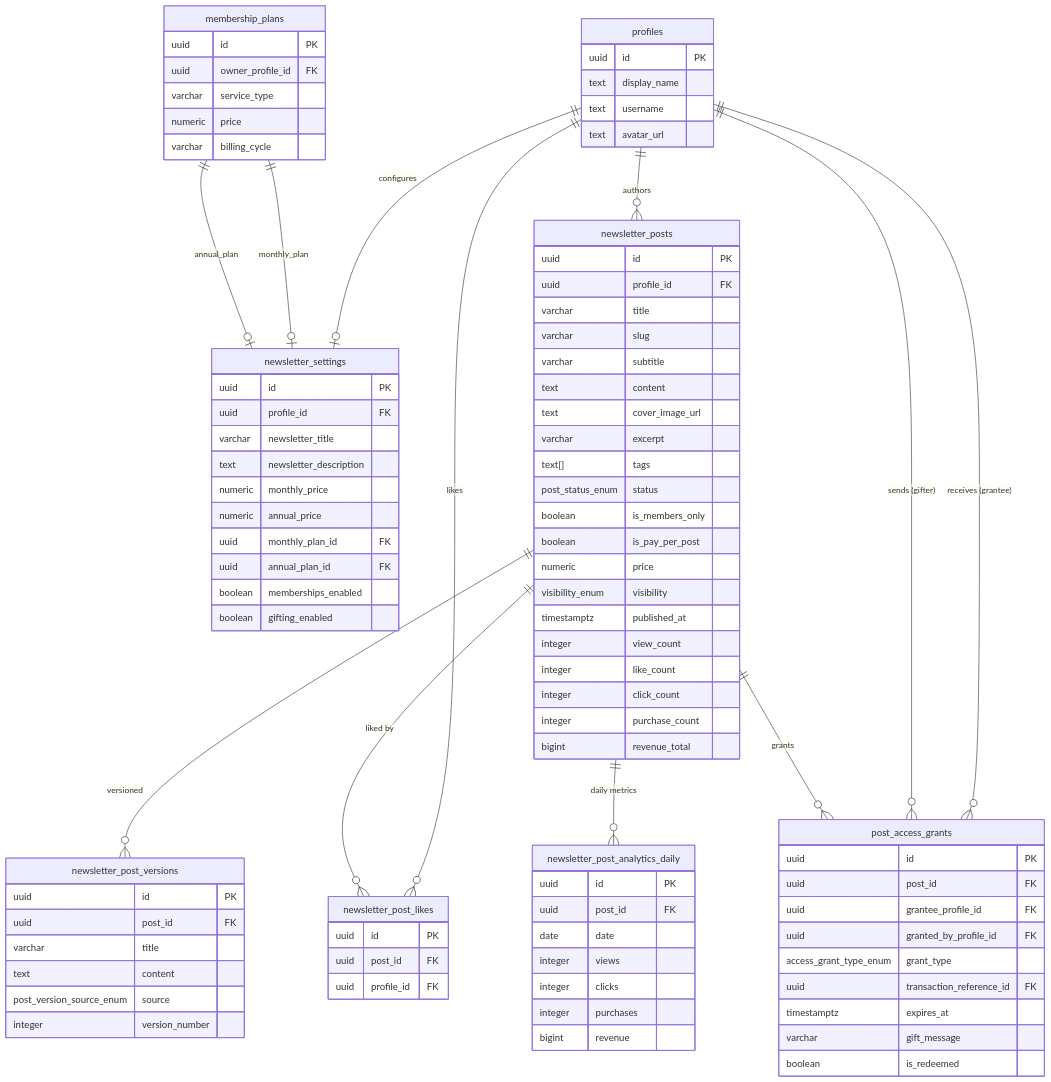
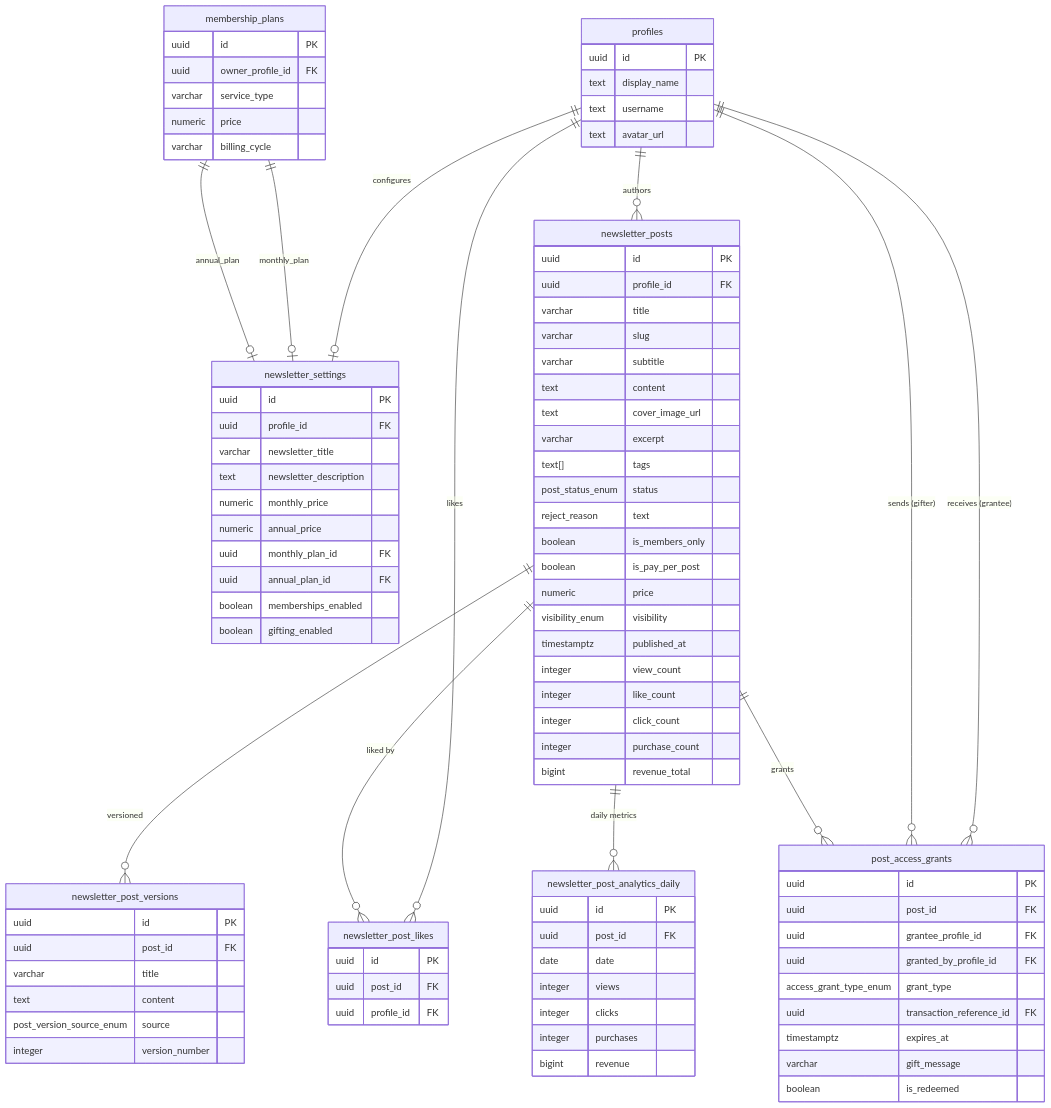
One commit to hobenakicoffee/libraries changed the diagram in docs/newsletter-service/backend/tables.md. Above: the diagram before and after it, drawn with Mermaid. The commit also changed other lines of this file, not shown here.

```diff
--- a/docs/newsletter-service/backend/tables.md
+++ b/docs/newsletter-service/backend/tables.md
@@ -72,6 +72,7 @@
         varchar excerpt
         text[] tags
         post_status_enum status
+        reject_reason text
         boolean is_members_only
         boolean is_pay_per_post
         numeric price
```
